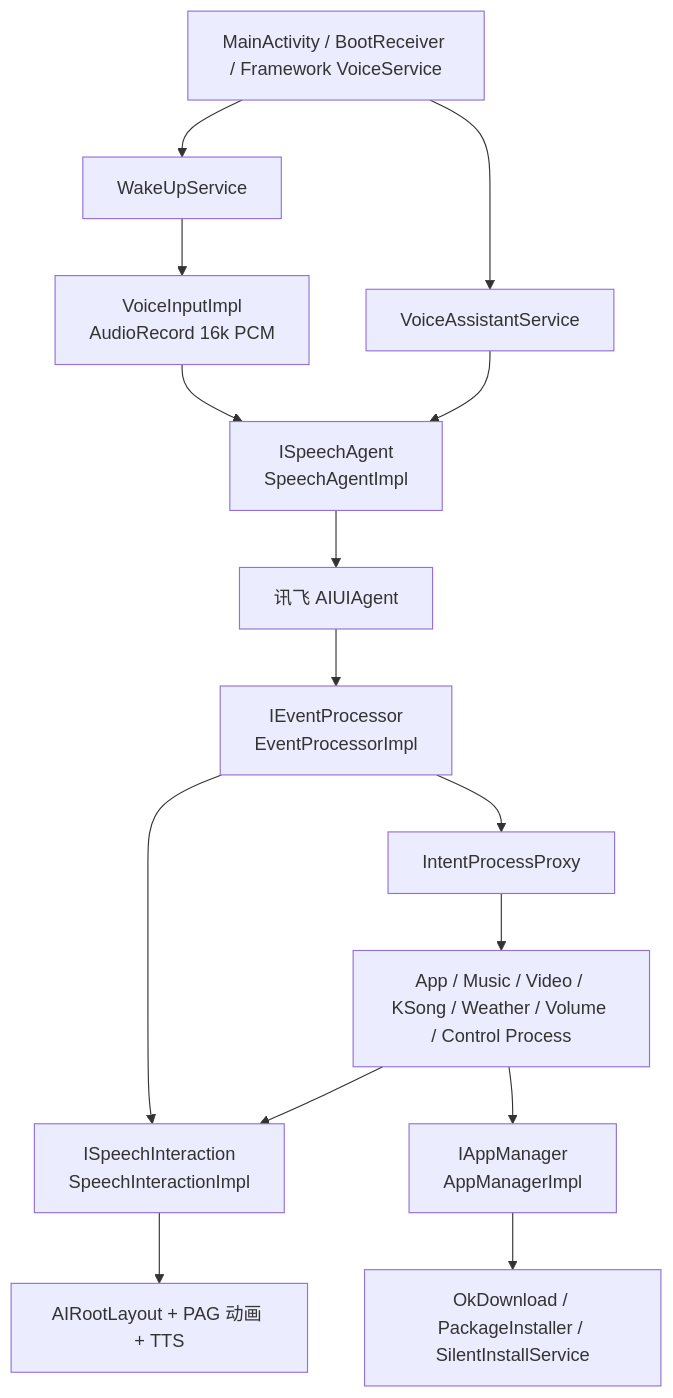
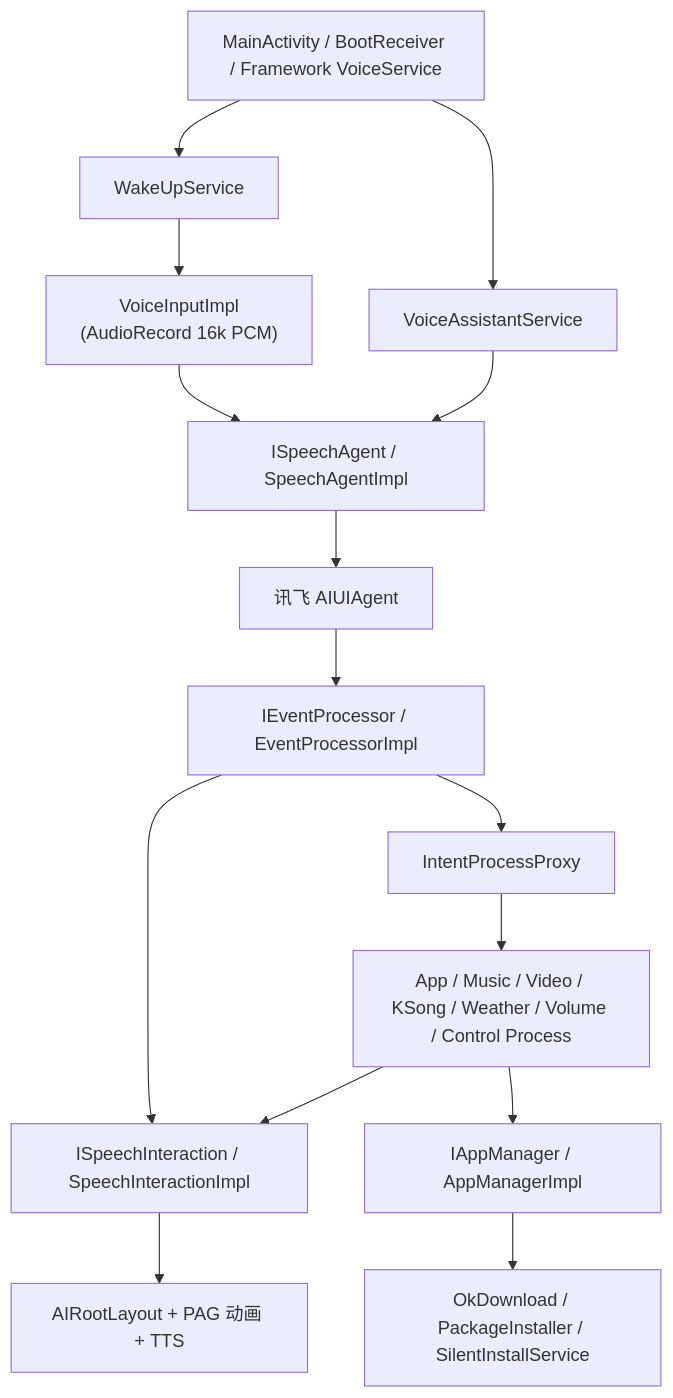
One commit to szhangbiao/AIAssistant changed the first of 3 diagrams in doc/系统架构介绍.md. Above: the diagram before and after it, drawn with Mermaid. The commit also changed other lines of this file and 1 other file, not shown here.

````diff
--- a/doc/系统架构介绍.md
+++ b/doc/系统架构介绍.md
@@ -57,17 +58,17 @@
 ```mermaid
-flowchart TD
+graph TD
     A["MainActivity / BootReceiver / Framework VoiceService"] --> B["VoiceAssistantService"]
     A --> C["WakeUpService"]
-    C --> D["VoiceInputImpl<br/>AudioRecord 16k PCM"]
-    D --> E["ISpeechAgent<br/>SpeechAgentImpl"]
+    C --> D["VoiceInputImpl\n(AudioRecord 16k PCM)"]
+    D --> E["ISpeechAgent / SpeechAgentImpl"]
     B --> E
     E --> F["讯飞 AIUIAgent"]
-    F --> G["IEventProcessor<br/>EventProcessorImpl"]
+    F --> G["IEventProcessor / EventProcessorImpl"]
     G --> H["IntentProcessProxy"]
     H --> I["App / Music / Video / KSong / Weather / Volume / Control Process"]
-    G --> J["ISpeechInteraction<br/>SpeechInteractionImpl"]
+    G --> J["ISpeechInteraction / SpeechInteractionImpl"]
     I --> J
-    I --> K["IAppManager<br/>AppManagerImpl"]
+    I --> K["IAppManager / AppManagerImpl"]
     K --> L["OkDownload / PackageInstaller / SilentInstallService"]
     J --> M["AIRootLayout + PAG 动画 + TTS"]
 ```
````
